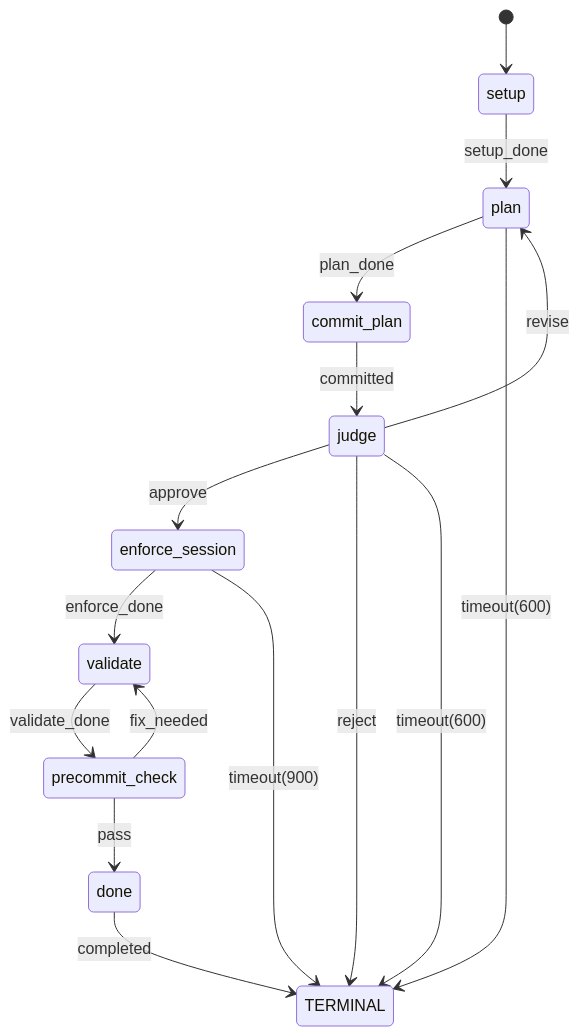
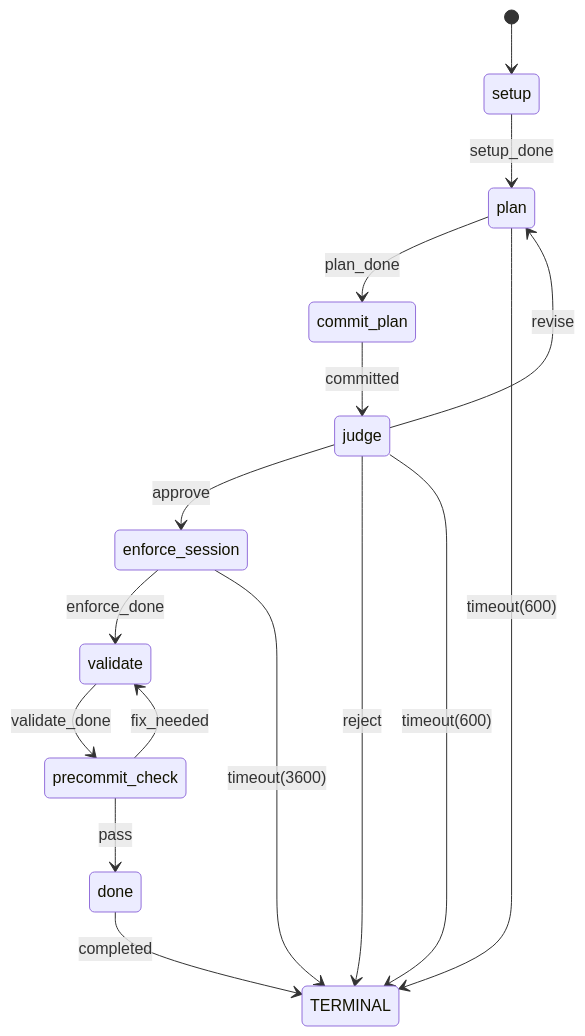
Before and after one commit to sheikkinen/yamlgraph: the diagram in docs/fsm-diagrams/watcher-pipeline-v2/OPERATIONAL.mermaid, drawn with Mermaid. The commit also changed 4 other files, not shown here.

```diff
--- a/docs/fsm-diagrams/watcher-pipeline-v2/OPERATIONAL.mermaid
+++ b/docs/fsm-diagrams/watcher-pipeline-v2/OPERATIONAL.mermaid
@@ -1,25 +1,25 @@
 stateDiagram-v2
     %% Detailed view of OPERATIONAL
 
     [*] --> setup
 
     %% Internal transitions
     setup --> plan : setup_done
     plan --> commit_plan : plan_done
     commit_plan --> judge : committed
     judge --> enforce_session : approve
     enforce_session --> validate : enforce_done
     validate --> precommit_check : validate_done
     precommit_check --> done : pass
     precommit_check --> validate : fix_needed
     judge --> plan : revise
 
     %% External composites
     state TERMINAL
 
     %% Transitions to other composites
     done --> TERMINAL : completed
     judge --> TERMINAL : reject
     plan --> TERMINAL : timeout(600)
     judge --> TERMINAL : timeout(600)
-    enforce_session --> TERMINAL : timeout(900)
+    enforce_session --> TERMINAL : timeout(3600)
```
